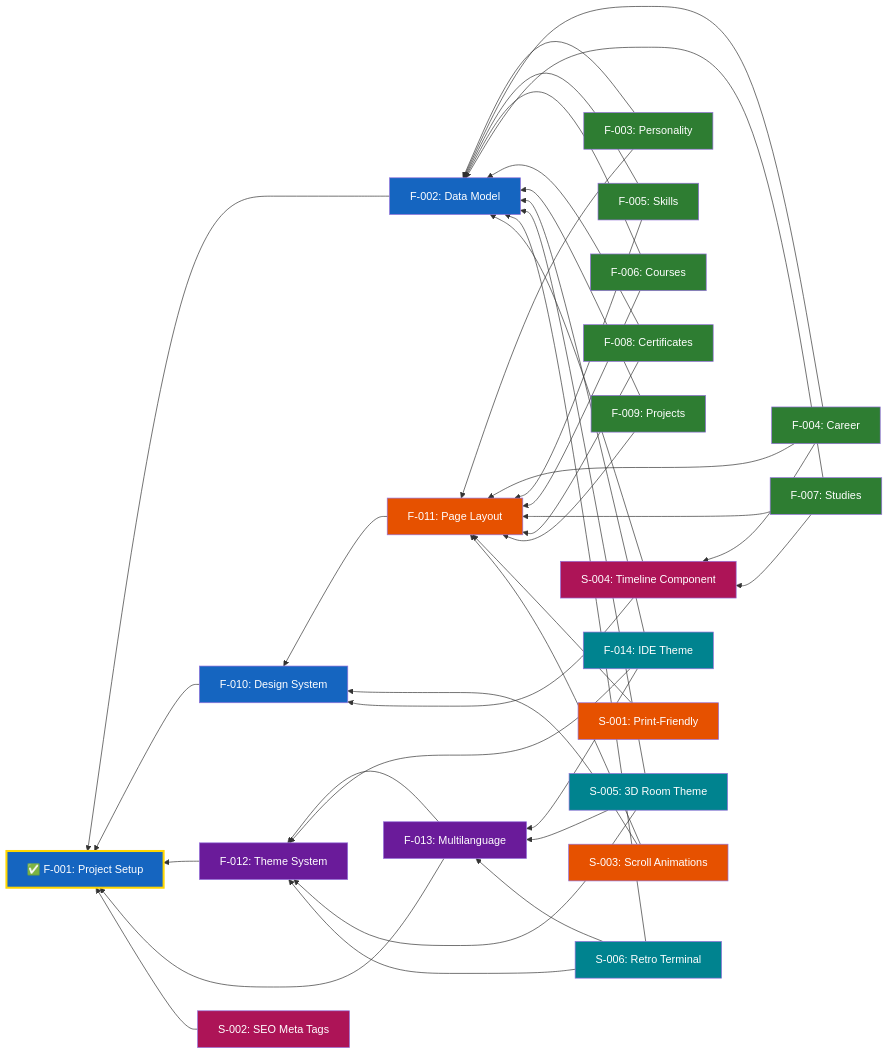
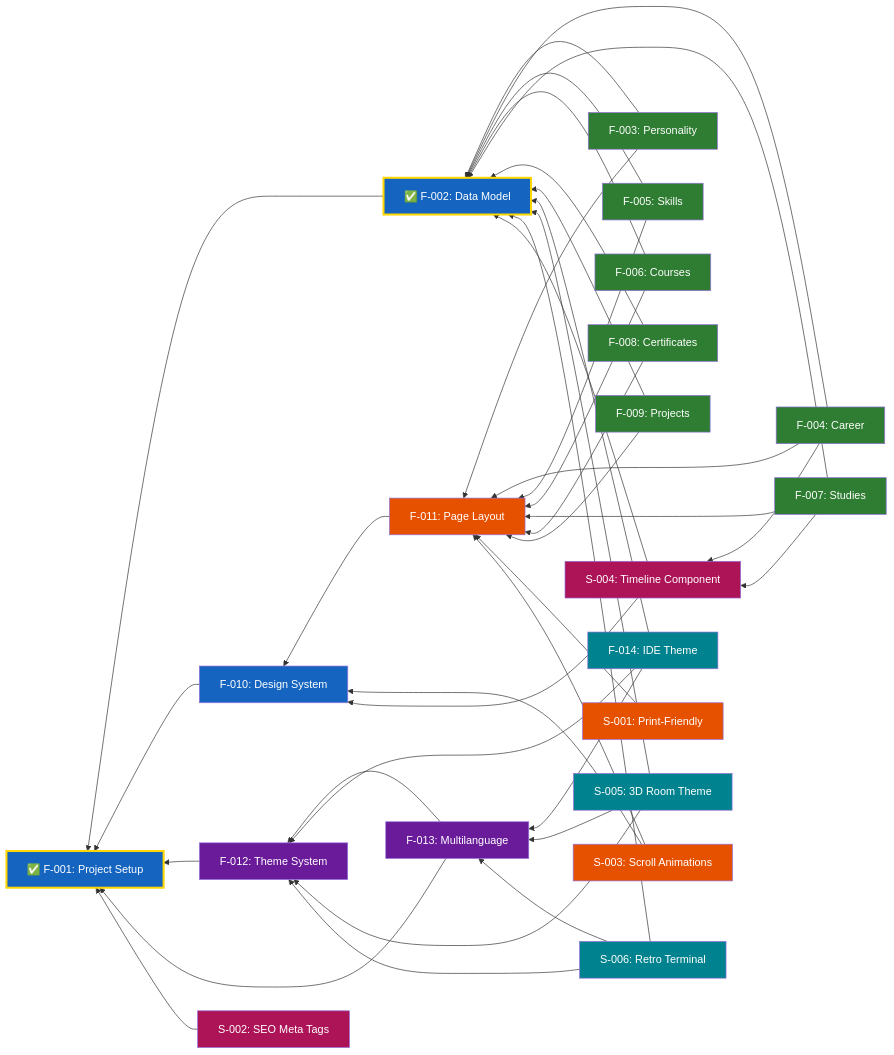
One commit to garcipat/cv-website changed the diagram in docs/Features.md. Above: the diagram before and after it, drawn with Mermaid. The commit also changed other lines of this file and 5 other files, not shown here.

Commit message:
F-002: Add CV data model with TypeScript interfaces and JSON data files

````diff
--- a/docs/Features.md
+++ b/docs/Features.md
@@ -80,81 +80,82 @@
 ```mermaid
 graph RL
     F001["✅ F-001: Project Setup"]
-    F002["F-002: Data Model"]
+    F002["✅ F-002: Data Model"]
     F003["F-003: Personality"]
     F004["F-004: Career"]
     F005["F-005: Skills"]
     F006["F-006: Courses"]
     F007["F-007: Studies"]
     F008["F-008: Certificates"]
     F009["F-009: Projects"]
     F010["F-010: Design System"]
     F011["F-011: Page Layout"]
     F012["F-012: Theme System"]
     F013["F-013: Multilanguage"]
     F014["F-014: IDE Theme"]
     S001["S-001: Print-Friendly"]
     S002["S-002: SEO Meta Tags"]
     S003["S-003: Scroll Animations"]
     S004["S-004: Timeline Component"]
     S005["S-005: 3D Room Theme"]
     S006["S-006: Retro Terminal"]
 
     F003 --> F002
     F004 --> F002
     F005 --> F002
     F006 --> F002
     F007 --> F002
     F008 --> F002
     F009 --> F002
     F002 --> F001
     F010 --> F001
     F011 --> F010
 
     F003 --> F011
     F004 --> F011
     F005 --> F011
     F006 --> F011
     F007 --> F011
     F008 --> F011
     F009 --> F011
 
     F012 --> F001
     F013 --> F001
     F013 --> F012
     F014 --> F012
     F014 --> F013
     F014 --> F002
     S005 --> F012
     S005 --> F013
     S005 --> F002
     S006 --> F012
     S006 --> F013
     S006 --> F002
 
     S001 --> F011
     S002 --> F001
     S003 --> F010
     S003 --> F011
     S004 --> F002
     S004 --> F010
     F004 --> S004
     F007 --> S004
 
     classDef done stroke:#FFD600,stroke-width:3px
     classDef inProgress stroke:#FF6F00,stroke-width:3px,stroke-dasharray:4
     classDef projectSetup fill:#1565C0,color:#ffffff
     classDef cvSections fill:#2E7D32,color:#ffffff
     classDef layoutNavigation fill:#E65100,color:#ffffff
     classDef themeInfrastructure fill:#6A1B9A,color:#ffffff
     classDef themes fill:#00838F,color:#ffffff
     classDef enhancements fill:#AD1457,color:#ffffff
 
     class F001 done
+    class F002 done
     class F001,F002,F010 projectSetup
     class F003,F004,F005,F006,F007,F008,F009 cvSections
     class F011,S001,S003 layoutNavigation
     class F012,F013 themeInfrastructure
     class F014,S005,S006 themes
     class S002,S004 enhancements
 ```
````
